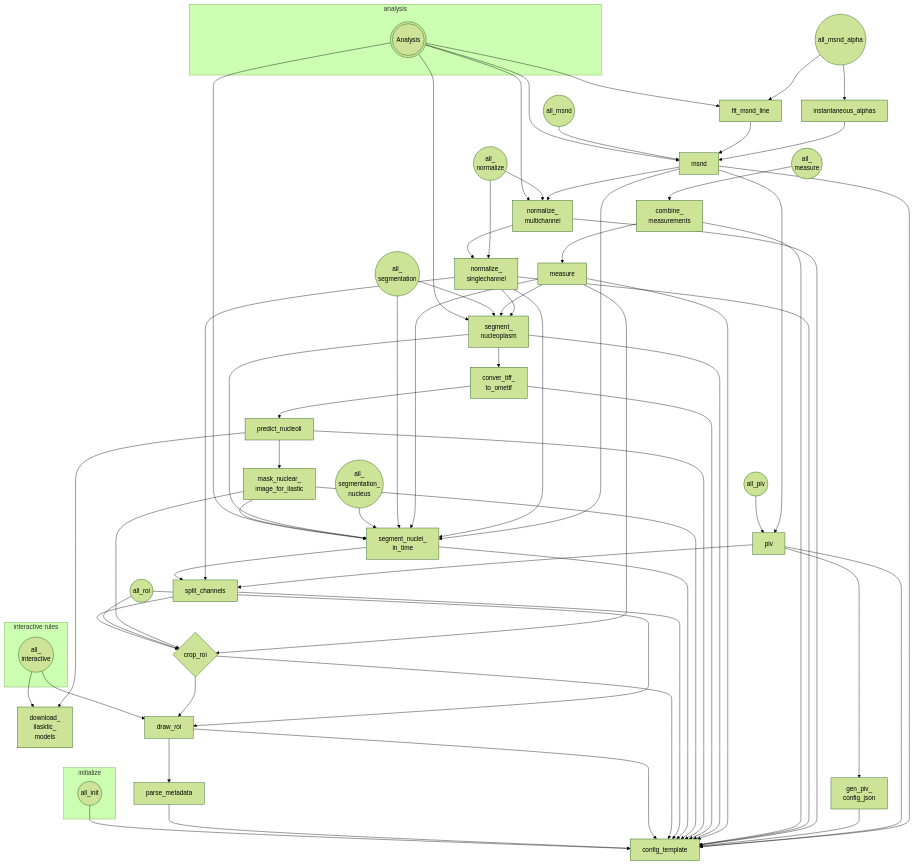
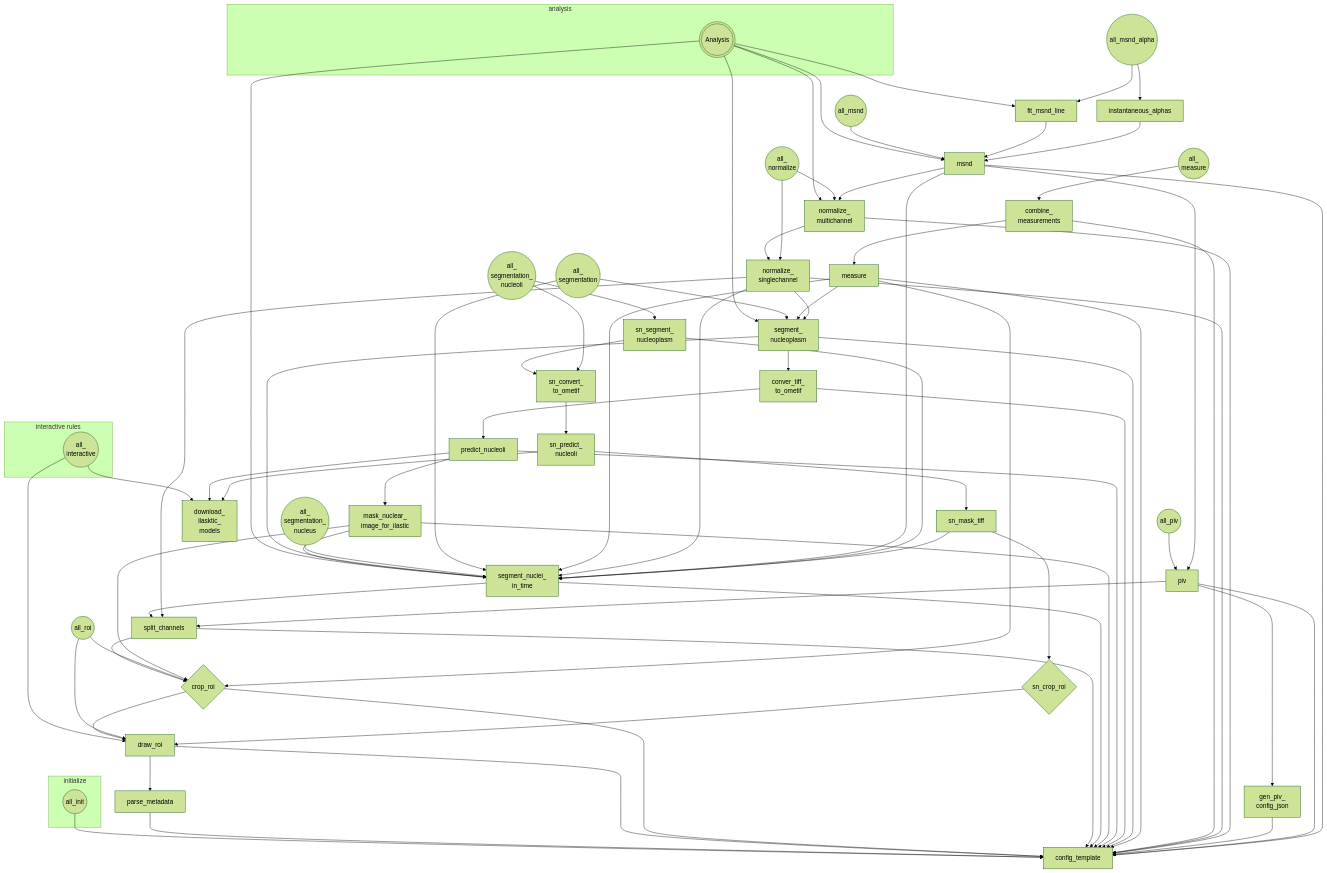
Before and after one commit to yichechang/alu-mobility: the diagram in README.md, drawn with Mermaid (forest theme).

Commit message:
updated diagram

````diff
--- a/README.md
+++ b/README.md
@@ -20,73 +20,80 @@
 ```mermaid
 graph TD
     subgraph analysis
     A(((Analysis)))
     end
     A(((Analysis))) --> A91 & A81 & A52 & A31 & A35
 
     subgraph initialize
     A99((all_init))
     end
 
     subgraph interactive rules
     A98((all_<br>interactive))
     end
 
     A1((all_roi))
 
 
     A2((all_<br>segmentation_<br>nucleus))
     A3((all_<br>segmentation))
 
 
     A4((all_<br>measure))
     A5((all_<br>normalize))
 
 
     A6((all_piv))
     A8((all_msnd))
     A9((all_msnd_alpha))
 
-    
+    B1((all_<br>segmentation_<br>nucleoli))    
 
     A01[config_template]
     A99 --> A01
 
     A02[download_<br>ilasktic_<br>models]
     A98 --> A02 & A12
 
     A11[parse_metadata] --> A01
     A12[draw_roi] --> A11 &  A01
     A13{crop_roi} --> A12 & A01
     A14[split_channels] --> A13 & A01
     A1 --> A12 & A13
 
     A31[segment_nuclei_<br>in_time] --> A14 & A01
     A32[mask_nuclear_<br>image_for_ilastic] --> A31 & A13 & A01
     A33[predict_nucleoli] --> A32 & A02 & A01
     A34[conver_tiff_<br>to_ometif] --> A33 & A01
     A35[segment_<br>nucleoplasm] --> A31 & A34 & A01
     A2 --> A31
     A3 --> A31 & A35
 
     A41[measure] --> A13 & A31 & A35 & A01
     A42[combine_<br>measurements] --> A41 & A01
     A4 --> A42
 
     A51[normalize_<br>singlechannel] --> A14 & A31 & A35 & A01
     A52[normalize_<br>multichannel] --> A51 & A01
     A5 --> A51 & A52
 
     A61[gen_piv_<br>config_json] --> A01
     A62[piv] --> A61 & A14 & A01
     A6 --> A62
 
 
     A81[msnd] --> A62 & A52 & A31 & A01
     A8 --> A81
 
 
     A91[fit_msnd_line] --> A81
     A92[instantaneous_alphas] --> A81
     A9 --> A91 & A92
+
+    B11{sn_crop_roi} --> A12
+    B12[sn_mask_tiff] --> B11 & A31
+    B13[sn_predict_<br>nucleoli] --> B12 & A02
+    B14[sn_convert_<br>to_ometif] --> B13
+    B15[sn_segment_<br>nucleoplasm] --> B14 & A31
+    B1 --> B14 & B15
 ```
````
